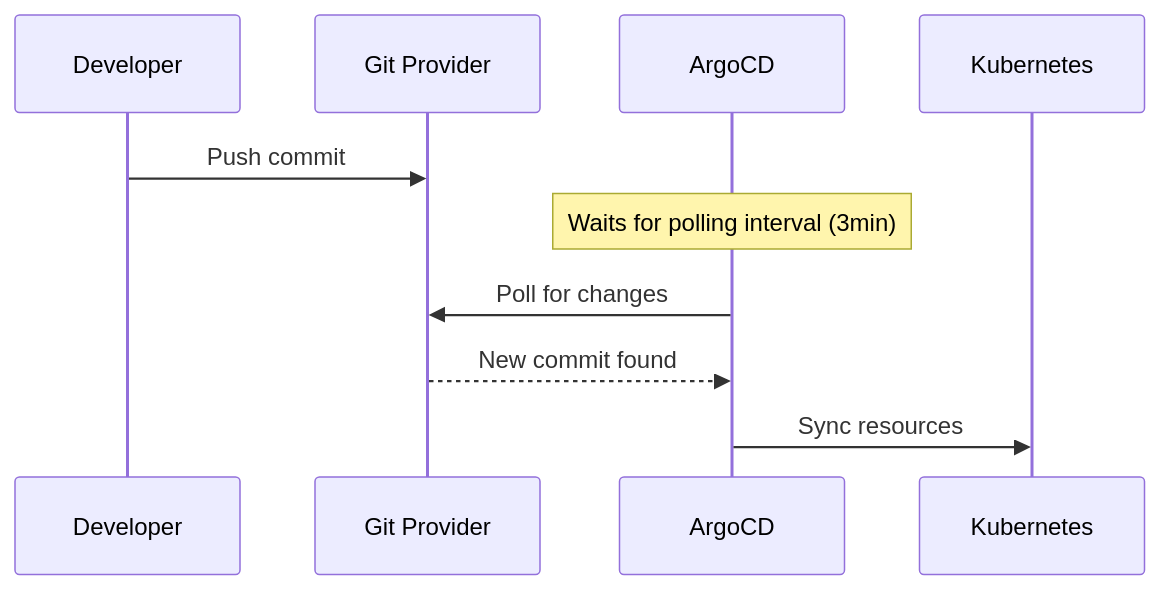
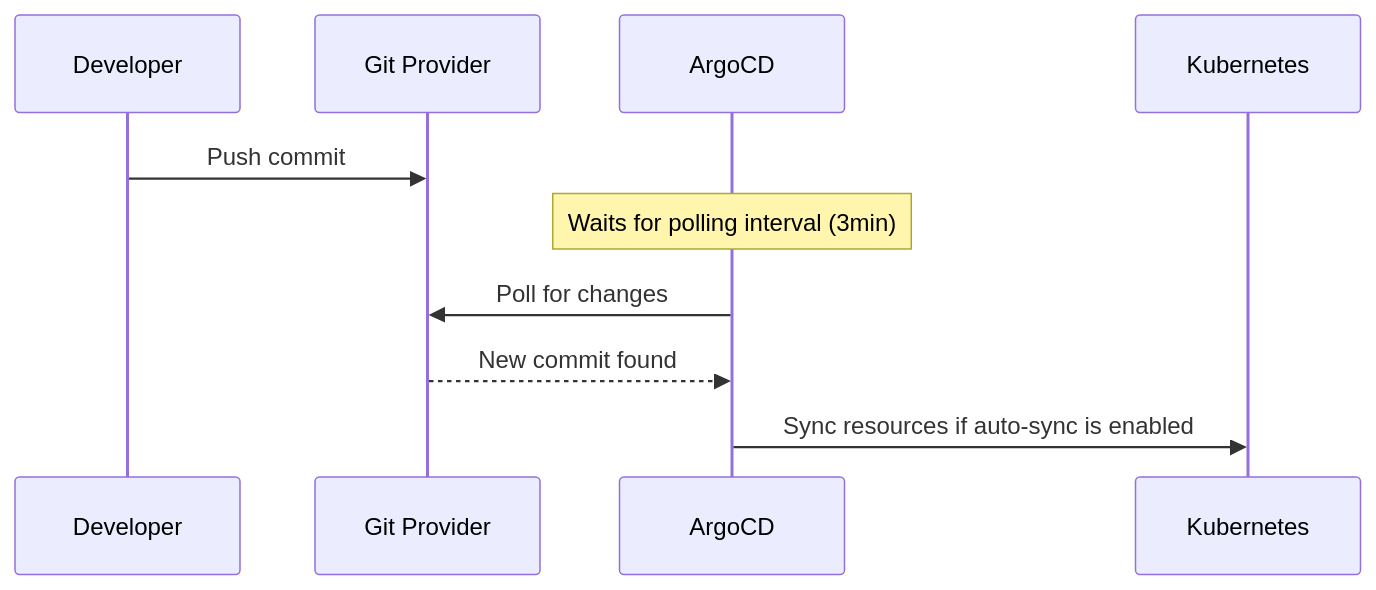
The first of 2 diagrams in posts/2026-02-26-argocd-git-webhooks-speed-reconciliation/README.md (OneUptime/blog), drawn with Mermaid before and after one commit. The commit also changed other lines of this file and 2 other files, not shown here.

````diff
--- a/posts/2026-02-26-argocd-git-webhooks-speed-reconciliation/README.md
+++ b/posts/2026-02-26-argocd-git-webhooks-speed-reconciliation/README.md
@@ -17,13 +17,13 @@
 ```mermaid
 sequenceDiagram
     participant Dev as Developer
     participant Git as Git Provider
     participant Argo as ArgoCD
     participant K8s as Kubernetes
 
     Dev->>Git: Push commit
     Note over Argo: Waits for polling interval (3min)
     Argo->>Git: Poll for changes
     Git-->>Argo: New commit found
-    Argo->>K8s: Sync resources
+    Argo->>K8s: Sync resources if auto-sync is enabled
 ```
````
